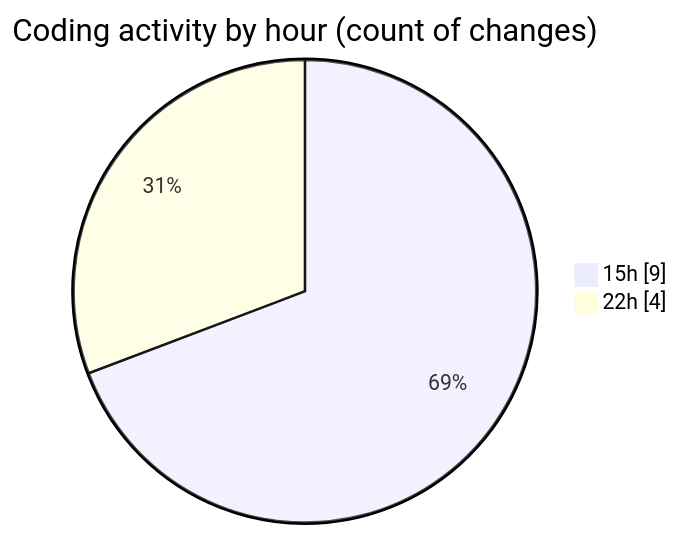
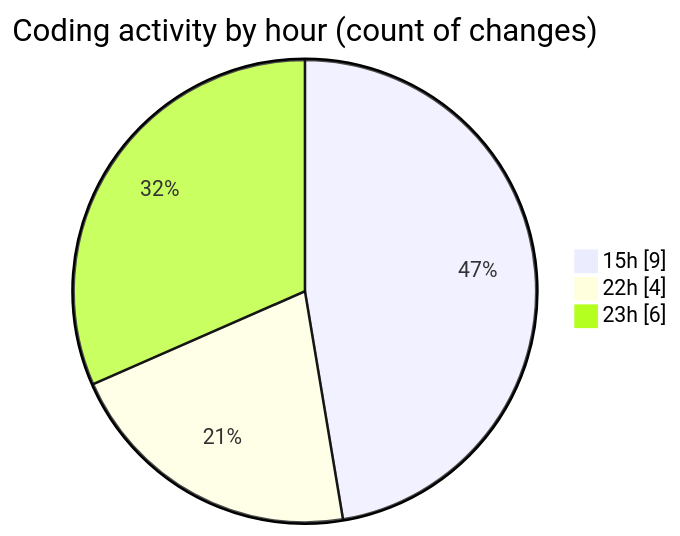
Before and after one commit to julien-gomy/code-tracking: the second of 2 diagrams in 2025-10-07/cdp_aleoudev_fr__workspace_/README.md, drawn with Mermaid. The commit also changed other lines of this file and 1 other file, not shown here.

````diff
--- a/2025-10-07/cdp_aleoudev_fr__workspace_/README.md
+++ b/2025-10-07/cdp_aleoudev_fr__workspace_/README.md
@@ -29,6 +30,7 @@
 ```mermaid
 pie showData
 title Coding activity by hour (count of changes)
 "15h" : 9
 "22h" : 4
+"23h" : 6
 ```
````
